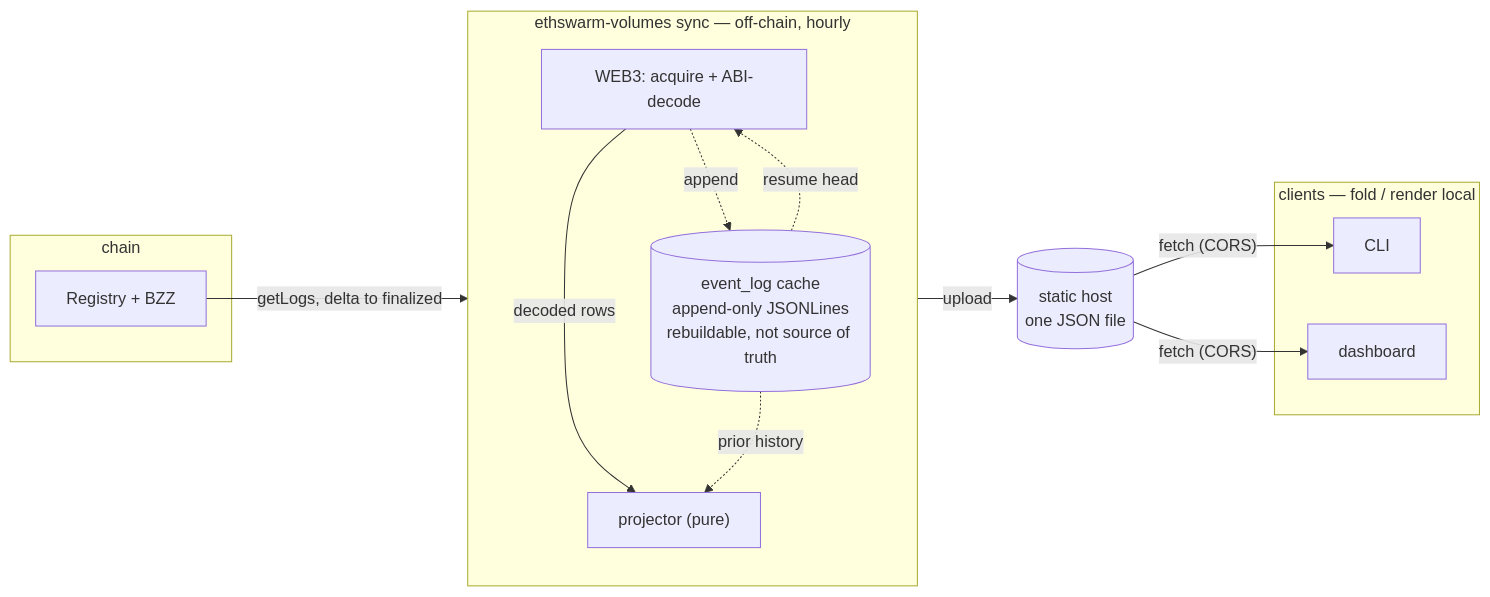
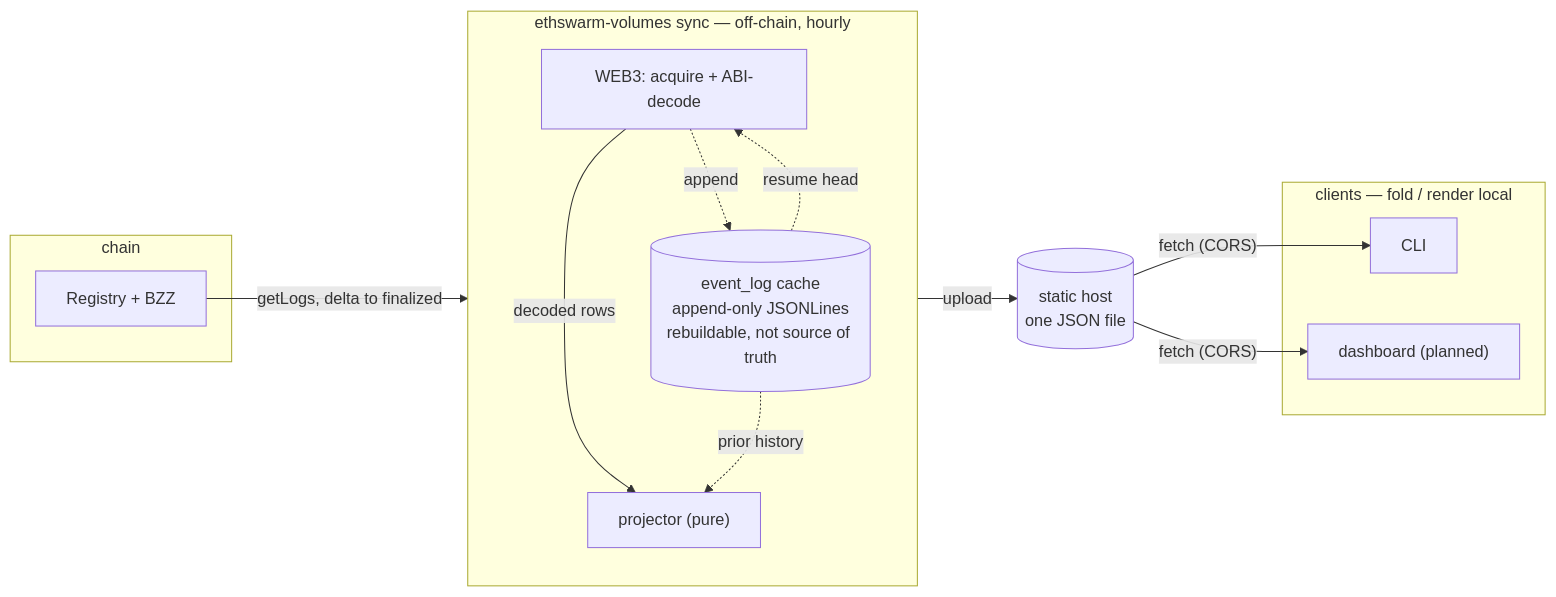
The diagram in services/indexer/docs/ARCHITECTURE.md (shtukaresearch/swarm-volume-registry), drawn with Mermaid before and after one commit. The commit also changed other lines of this file and 30 other files, not shown here.

````diff
--- a/services/indexer/docs/ARCHITECTURE.md
+++ b/services/indexer/docs/ARCHITECTURE.md
@@ -7,29 +7,29 @@
 ```mermaid
 flowchart LR
     subgraph chain["chain"]
         registry["Registry + BZZ"]
     end
 
     subgraph sync["ethswarm-volumes sync — off-chain, hourly"]
         direction TB
         web3["WEB3: acquire + ABI-decode"]
         proj["projector (pure)"]
         elog[("event_log cache<br>append-only JSONLines<br>rebuildable, not source of truth")]
         web3 -->|"decoded rows"| proj
         web3 -.->|"append"| elog
         elog -.->|"prior history"| proj
         elog -.->|"resume head"| web3
     end
 
     host[("static host<br>one JSON file")]
 
     subgraph clients["clients — fold / render local"]
         cli["CLI"]
-        dash["dashboard"]
+        dash["dashboard (planned)"]
     end
 
     registry -->|"getLogs, delta to finalized"| web3
     proj -->|"upload"| host
     host -->|"fetch (CORS)"| cli
     host -->|"fetch (CORS)"| dash
 ```
````
